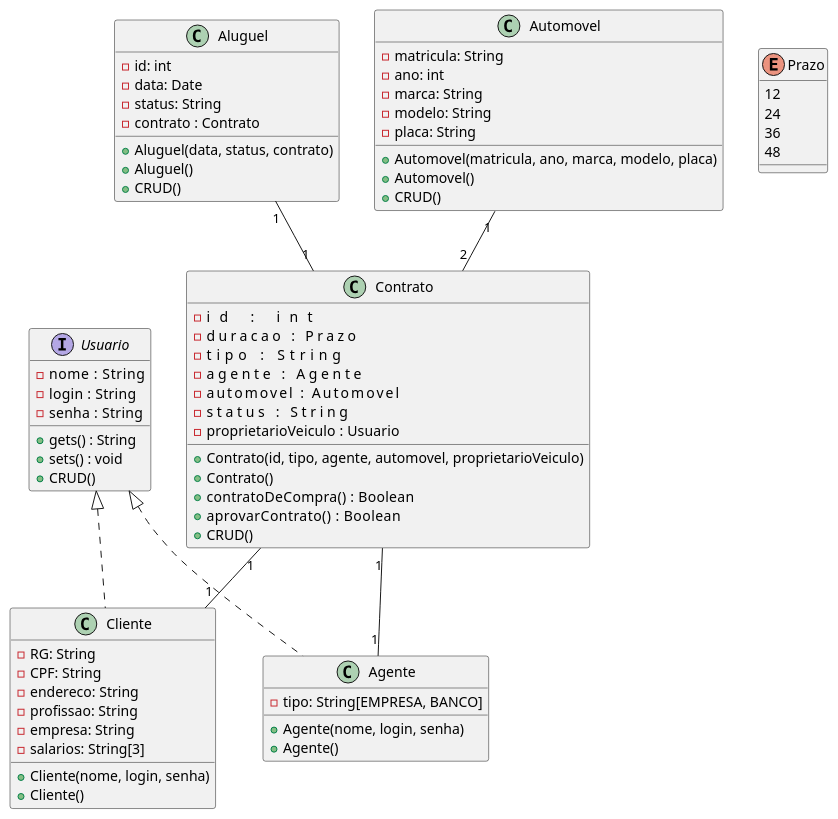
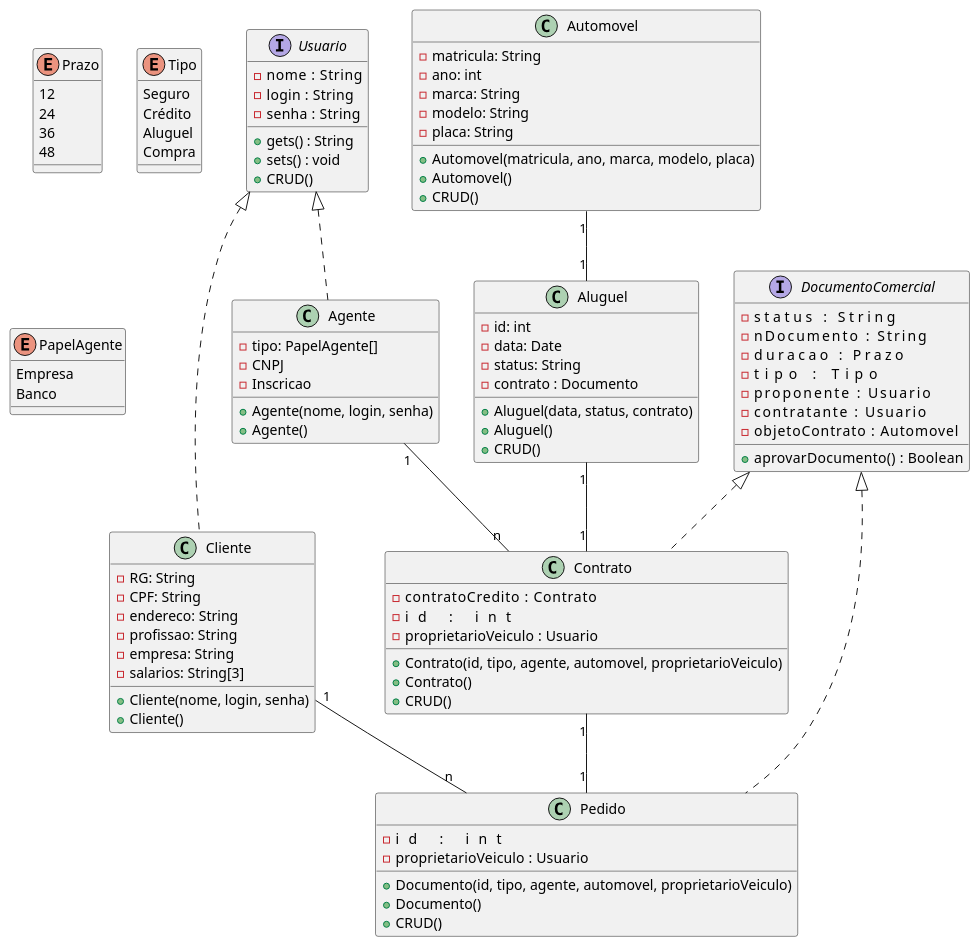
One commit to Artureba/Lab02_LDS changed the diagram in Lab02-Desenv-Software/projeto/Diagramas/Diagrama de Classes/Diagrama_de_Classe.puml. Above: the diagram before and after it, drawn with PlantUML.

Commit message:
Atualização Diagrama de Classes

```diff
--- a/Lab02-Desenv-Software/projeto/Diagramas/Diagrama de Classes/Diagrama_de_Classe.puml
+++ b/Lab02-Desenv-Software/projeto/Diagramas/Diagrama de Classes/Diagrama_de_Classe.puml
@@ -1,80 +1,107 @@
 @startuml Sistema de Aluguel de Carros
 
 interface Usuario{
     -nome   : String
     -login  : String
     -senha  : String
     +gets() : String
     +sets() : void
     +CRUD()
 }
 
 class Cliente implements Usuario {
     +Cliente(nome, login, senha)
     +Cliente()
     -RG: String
     -CPF: String
     -endereco: String
     -profissao: String
     -empresa: String
     -salarios: String[3]
 }
 
 
 class Aluguel {
     +Aluguel(data, status, contrato)
     +Aluguel()
     -id: int
     -data: Date
     -status: String
-    -contrato : Contrato
+    -contrato : Documento
 
     +CRUD()
 }
 
 enum Prazo {
     12
     24
     36
     48
 }
 
+enum Tipo {
+    Seguro
+    Crédito
+    Aluguel
+    Compra
+}
+
+enum PapelAgente {
+    Empresa
+    Banco
+}
+
 class Agente implements Usuario{
-   -tipo: String[EMPRESA, BANCO]
+   -tipo: PapelAgente[]
+   -CNPJ
+   -Inscricao
    +Agente(nome, login, senha)
    +Agente()
 }
 
 class Automovel {
     +Automovel(matricula, ano, marca, modelo, placa)
     +Automovel()
     -matricula: String
     -ano: int
     -marca: String
     -modelo: String
     -placa: String
     +CRUD()
 }
 
-class Contrato {
+class Contrato implements DocumentoComercial{
     +Contrato(id, tipo, agente, automovel, proprietarioVeiculo)
     +Contrato()
+    -contratoCredito      : Contrato
     -id                   : int
-    -duracao              : Prazo
-    -tipo                 : String
-    -agente               : Agente
-    -automovel            : Automovel
-    -status               : String
     -proprietarioVeiculo  : Usuario
-    +contratoDeCompra()   : Boolean
-    +aprovarContrato()    : Boolean
     +CRUD()
 }
 
+class Pedido implements DocumentoComercial{
+    +Documento(id, tipo, agente, automovel, proprietarioVeiculo)
+    +Documento()
+    -id                   : int
+    -proprietarioVeiculo  : Usuario
+    +CRUD()
+}
 
-Contrato  "1" -- "1" Agente
-Contrato  "1" -- "1" Cliente
-Automovel "1" -- "2" Contrato
+interface DocumentoComercial {
+    -status               : String
+    -nDocumento           : String
+    -duracao              : Prazo
+    -tipo                 : Tipo
+    -proponente           : Usuario
+    -contratante          : Usuario
+    -objetoContrato       : Automovel
+    +aprovarDocumento()   : Boolean
+}
+
+Agente    "1" -- "n" Contrato
+Cliente   "1" -- "n" Pedido
+Contrato  "1" -- "1" Pedido
+Automovel "1" -- "1" Aluguel
 Aluguel   "1" -- "1" Contrato
  
 @enduml
```
